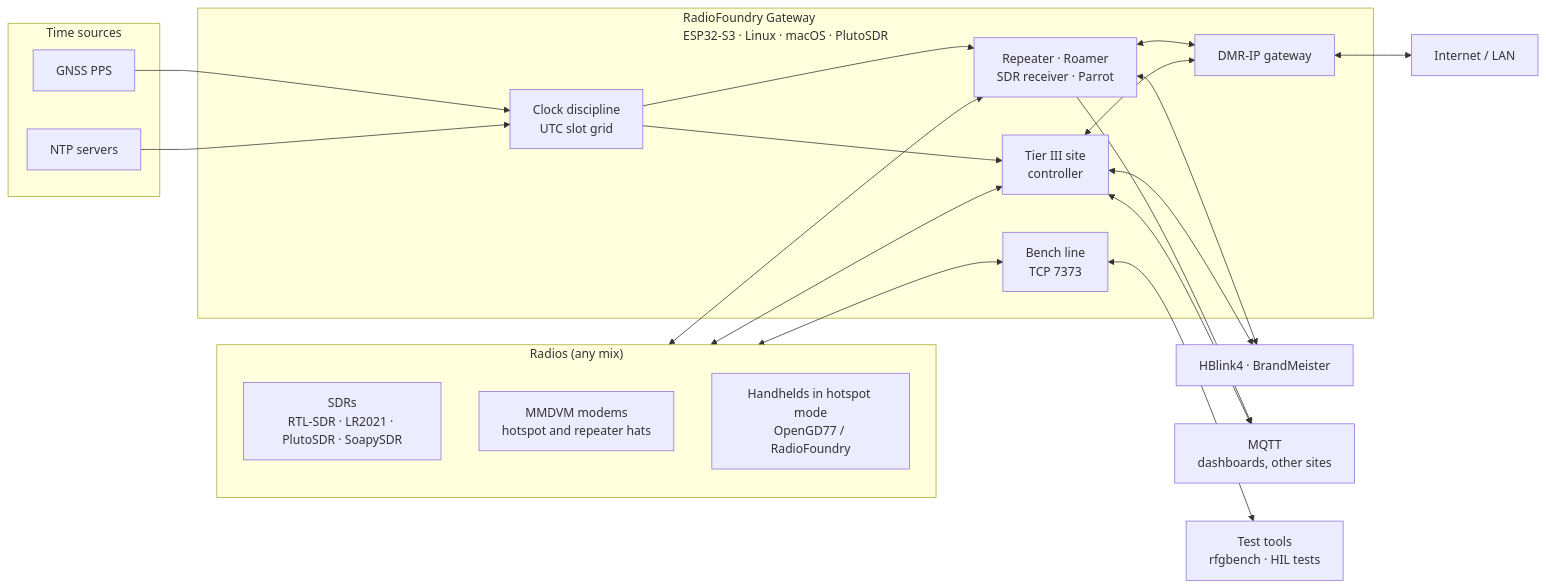
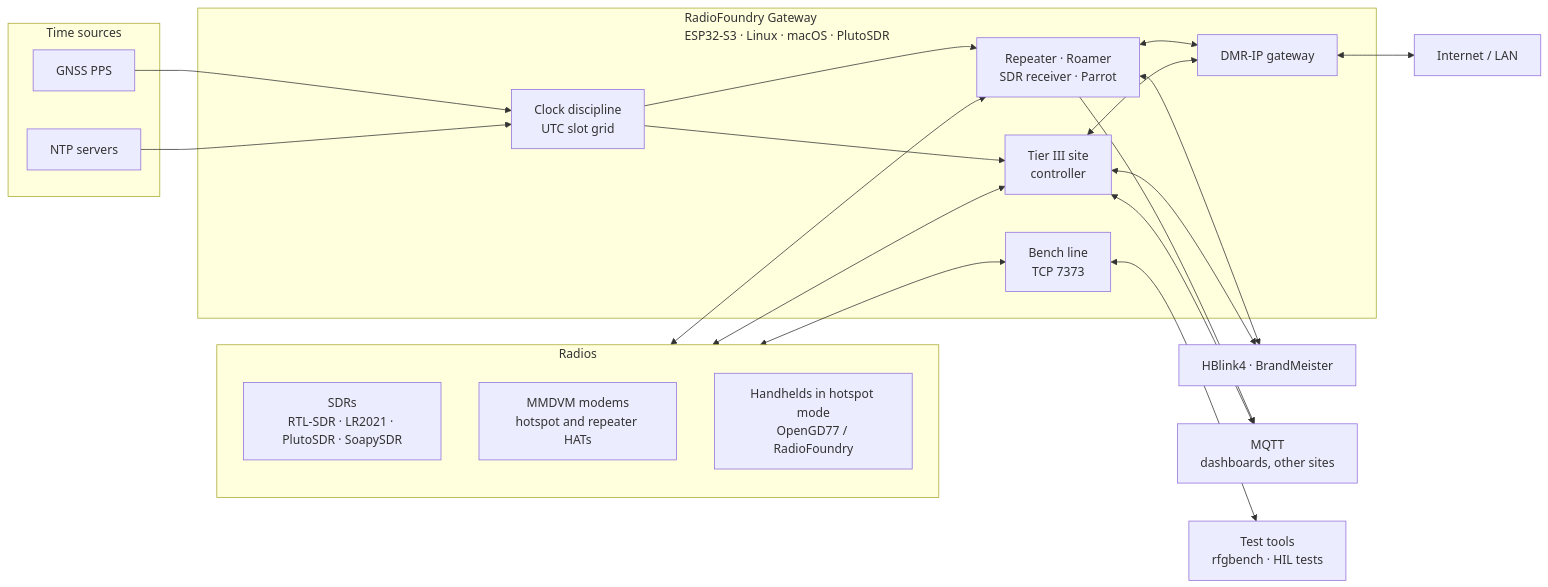
The diagram in README.md (RadioFoundry/RadioFoundryGateway), drawn with Mermaid before and after one commit. The commit also changed other lines of this file and 28 other files, not shown here.

````diff
--- a/README.md
+++ b/README.md
@@ -31,34 +30,34 @@
 ```mermaid
 flowchart LR
-    subgraph Radios["Radios (any mix)"]
+    subgraph Radios["Radios"]
         SDR["SDRs<br/>RTL-SDR · LR2021 · PlutoSDR · SoapySDR"]
-        MOD["MMDVM modems<br/>hotspot and repeater hats"]
+        MOD["MMDVM modems<br/>hotspot and repeater HATs"]
         HS["Handhelds in hotspot mode<br/>OpenGD77 / RadioFoundry"]
     end
     subgraph Time["Time sources"]
         PPS["GNSS PPS"]
         NTP["NTP servers"]
     end
     subgraph GW["RadioFoundry Gateway<br/>ESP32-S3 · Linux · macOS · PlutoSDR"]
         CLK["Clock discipline<br/>UTC slot grid"]
         APPS["Repeater · Roamer<br/>SDR receiver · Parrot"]
         T3["Tier III site<br/>controller"]
         IP["DMR-IP gateway"]
         BENCH["Bench line<br/>TCP 7373"]
     end
     PPS --> CLK
     NTP --> CLK
     CLK --> APPS
     CLK --> T3
     Radios <--> APPS
     Radios <--> T3
     Radios <--> BENCH
     APPS <--> IP
     T3 <--> IP
     IP <--> NET["Internet / LAN"]
     APPS <--> NETS["HBlink4 · BrandMeister"]
     T3 <--> NETS
     APPS --> MQ["MQTT<br/>dashboards, other sites"]
     T3 <--> MQ
     BENCH <--> TOOLS["Test tools<br/>rfgbench · HIL tests"]
 ```
````
